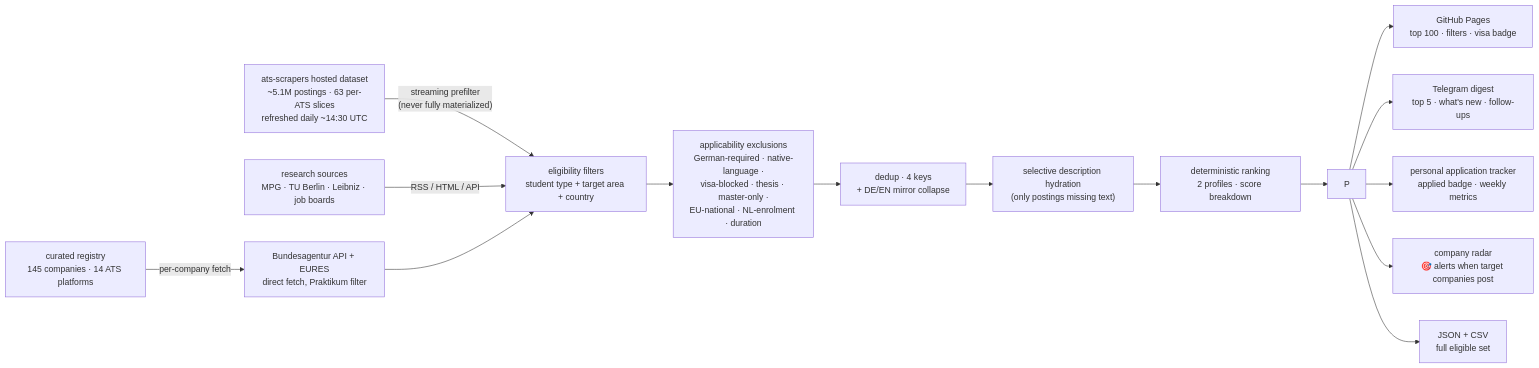
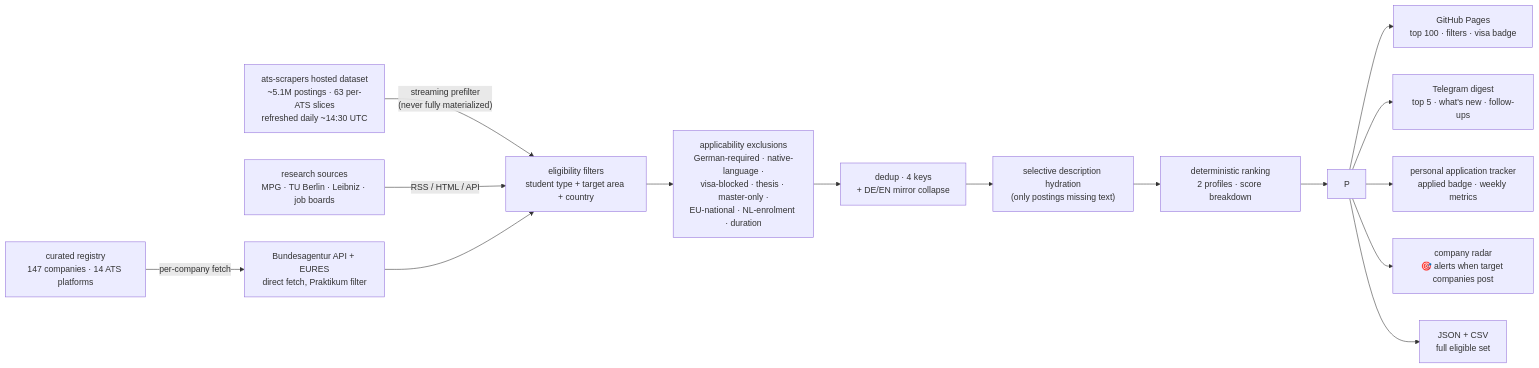
Before and after one commit to rios-vini/internship-finder: the diagram in README.md, drawn with Mermaid. The commit also changed other lines of this file and 13 other files, not shown here.

````diff
--- a/README.md
+++ b/README.md
@@ -58,17 +58,17 @@
 ```mermaid
 flowchart LR
     DS["ats-scrapers hosted dataset<br/>~5.1M postings · 63 per-ATS slices<br/>refreshed daily ~14:30 UTC"] -->|"streaming prefilter<br/>(never fully materialized)"| F
-    RG["curated registry<br/>145 companies · 14 ATS platforms"] -->|"per-company fetch"| BA["Bundesagentur API + EURES<br/>direct fetch, Praktikum filter"]
+    RG["curated registry<br/>147 companies · 14 ATS platforms"] -->|"per-company fetch"| BA["Bundesagentur API + EURES<br/>direct fetch, Praktikum filter"]
     RS["research sources<br/>MPG · TU Berlin · Leibniz · job boards"] -->|"RSS / HTML / API"| F
     BA --> F
     F["eligibility filters<br/>student type + target area + country"] --> A
     A["applicability exclusions<br/>German-required · native-language ·<br/>visa-blocked · thesis · master-only ·<br/>EU-national · NL-enrolment · duration"] --> D
     D["dedup · 4 keys<br/>+ DE/EN mirror collapse"] --> H
     H["selective description hydration<br/>(only postings missing text)"] --> R
     R["deterministic ranking<br/>2 profiles · score breakdown"] --> P
     P --> GH["GitHub Pages<br/>top 100 · filters · visa badge"]
     P --> TG["Telegram digest<br/>top 5 · what's new · follow-ups"]
     P --> TR["personal application tracker<br/>applied badge · weekly metrics"]
     P --> CO["company radar<br/>🎯 alerts when target companies post"]
     P --> JS["JSON + CSV<br/>full eligible set"]
 ```
````
